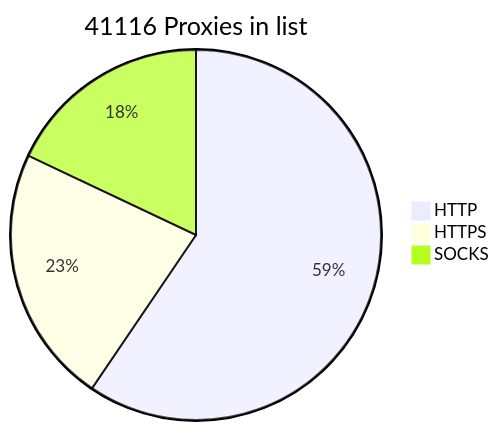
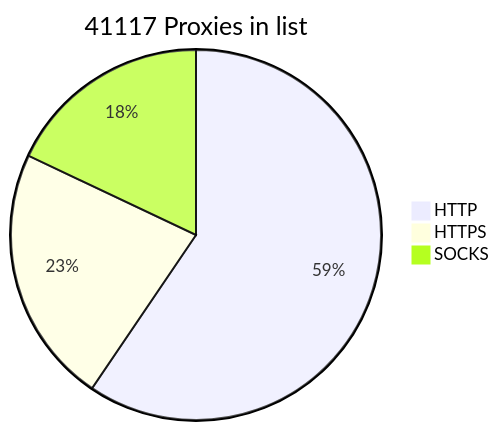
One commit to BlackSnowDot/proxylist-update-every-minute changed the diagram in README.md. Above: the diagram before and after it, drawn with Mermaid.

````diff
--- a/README.md
+++ b/README.md
@@ -2,6 +2,6 @@
 ```mermaid
-pie title 41116 Proxies in list
+pie title 41117 Proxies in list
     "HTTP" : 28773
     "HTTPS": 10909
-    "SOCKS" : 8688
+    "SOCKS" : 8689
 ```
````
